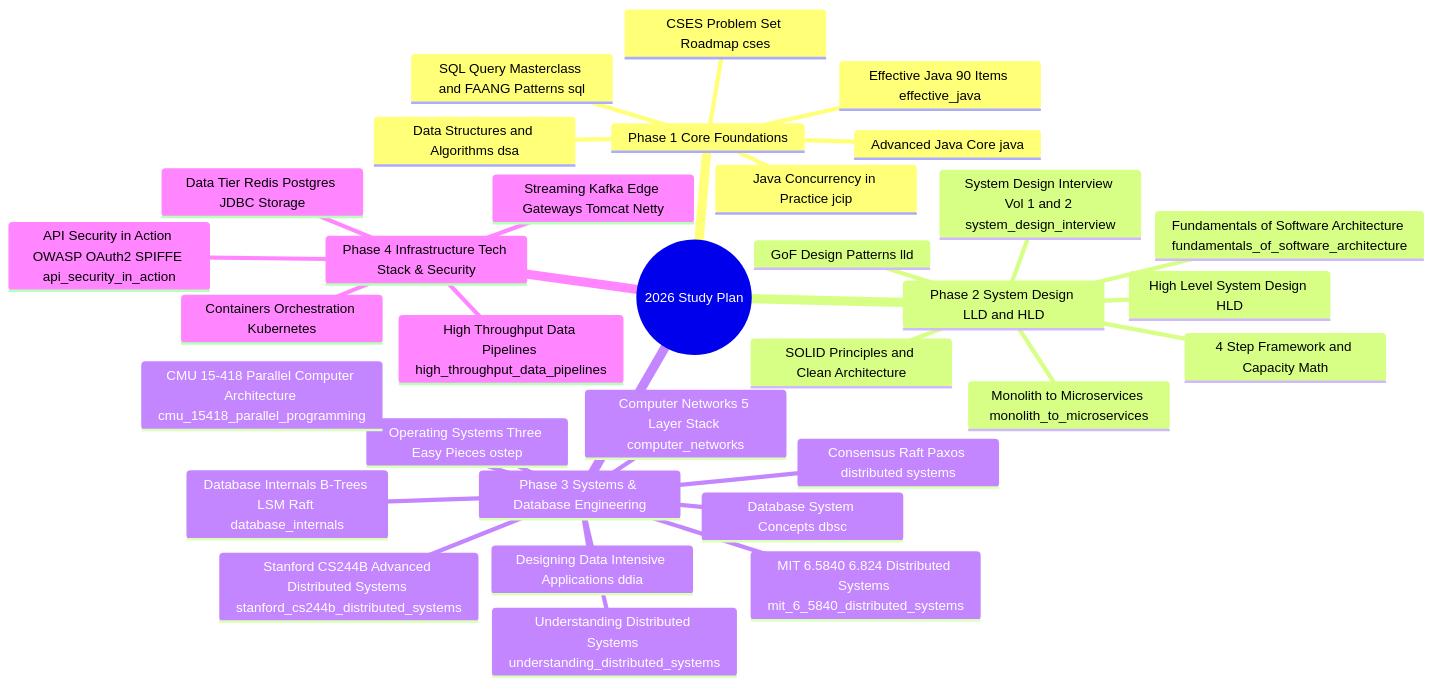
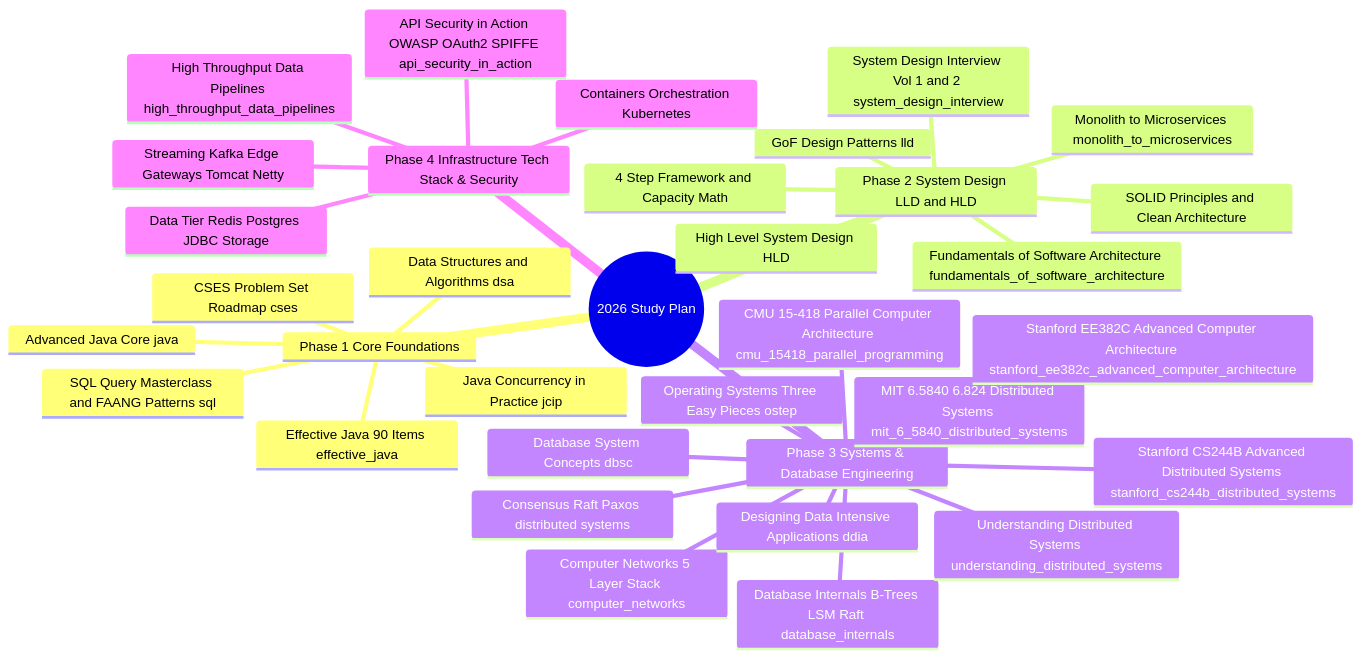
Before and after one commit to chauhankartik/private-2026: the diagram in STUDY_PLAN_2026.md, drawn with Mermaid. The commit also changed other lines of this file and 5 other files, not shown here.

Commit message:
feat(microarch): add Stanford EE382C Advanced Computer Architecture module with 5 detailed guides, C++ simulation engines, and in-depth Mermaid diagrams

````diff
--- a/STUDY_PLAN_2026.md
+++ b/STUDY_PLAN_2026.md
@@ -9,36 +9,37 @@
 ```mermaid
 mindmap
   root((2026 Study Plan))
     Phase 1 Core Foundations
       Data Structures and Algorithms dsa
       CSES Problem Set Roadmap cses
       Advanced Java Core java
       Effective Java 90 Items effective_java
       Java Concurrency in Practice jcip
       SQL Query Masterclass and FAANG Patterns sql
     Phase 2 System Design LLD and HLD
       SOLID Principles and Clean Architecture
       GoF Design Patterns lld
       High Level System Design HLD
       4 Step Framework and Capacity Math
       System Design Interview Vol 1 and 2 system_design_interview
       Fundamentals of Software Architecture fundamentals_of_software_architecture
       Monolith to Microservices monolith_to_microservices
     Phase 3 Systems & Database Engineering
       Operating Systems Three Easy Pieces ostep
       Computer Networks 5 Layer Stack computer_networks
       Database System Concepts dbsc
       Database Internals B-Trees LSM Raft database_internals
       Designing Data Intensive Applications ddia
       Consensus Raft Paxos distributed systems
       Understanding Distributed Systems understanding_distributed_systems
       MIT 6.5840 6.824 Distributed Systems mit_6_5840_distributed_systems
       Stanford CS244B Advanced Distributed Systems stanford_cs244b_distributed_systems
       CMU 15-418 Parallel Computer Architecture cmu_15418_parallel_programming
+      Stanford EE382C Advanced Computer Architecture stanford_ee382c_advanced_computer_architecture
     Phase 4 Infrastructure Tech Stack & Security
       Data Tier Redis Postgres JDBC Storage
       Streaming Kafka Edge Gateways Tomcat Netty
       High Throughput Data Pipelines high_throughput_data_pipelines
       Containers Orchestration Kubernetes
       API Security in Action OWASP OAuth2 SPIFFE api_security_in_action
 ```
````
